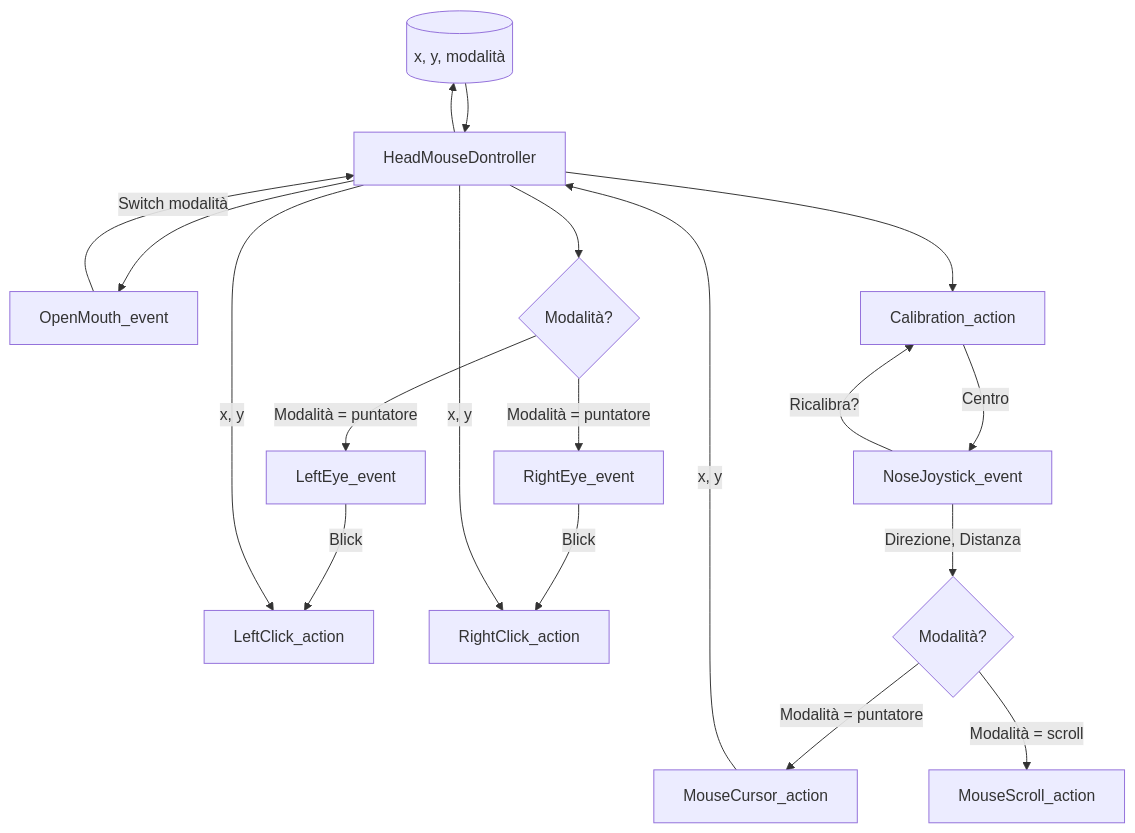
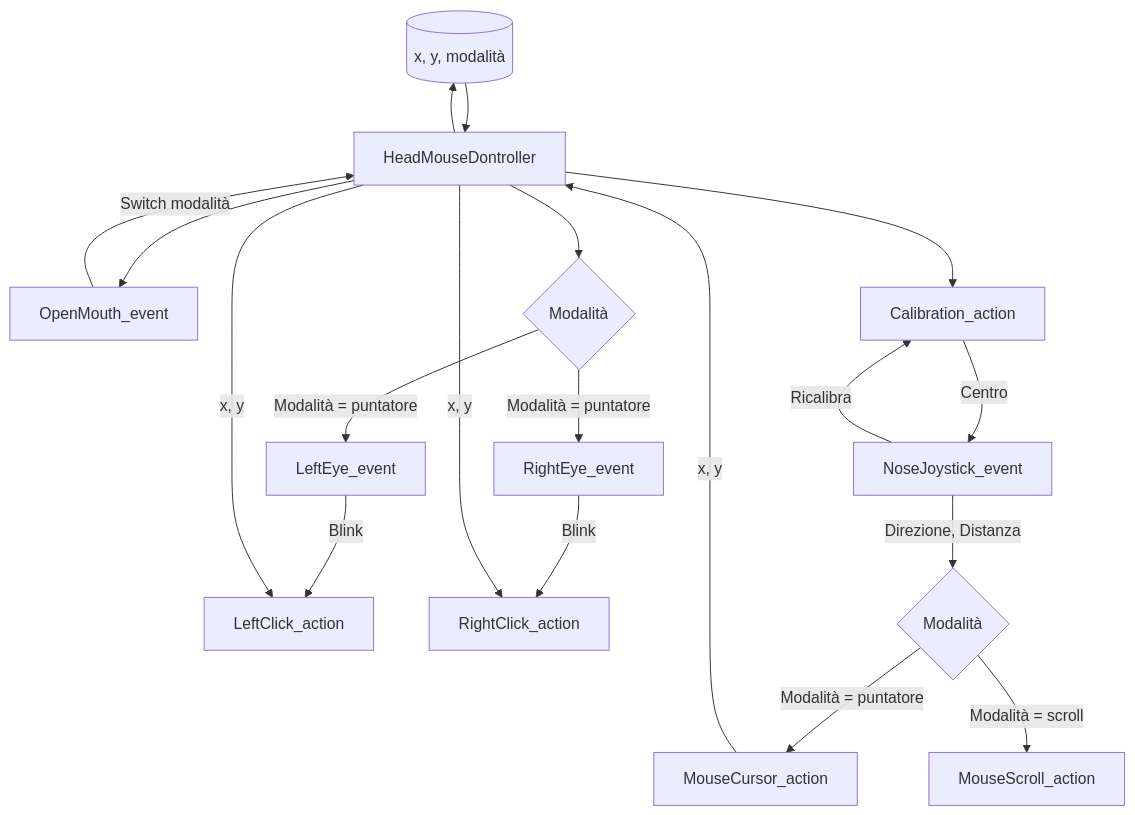
Before and after one commit to campionl/dl: the diagram in src/mouse_facciale/v2/test_mermaid4.md, drawn with Mermaid.

````diff
--- a/src/mouse_facciale/v2/test_mermaid4.md
+++ b/src/mouse_facciale/v2/test_mermaid4.md
@@ -1,35 +1,35 @@
 ```mermaid
 flowchart TD
     db[(x, y, modalità)]
     hmc[HeadMouseDontroller]
     ome[OpenMouth_event]
     ca[Calibration_action]
     nje[NoseJoystick_event]
     mca[MouseCursor_action]
     msa[MouseScroll_action]
     lee[LeftEye_event]
     ree[RightEye_event]
     lca[LeftClick_action]
     rca[RightClick_action]
-    mode1{Modalità?}
-    mode2{Modalità?}
+    mode1{Modalità}
+    mode2{Modalità}
 
     hmc --> db
     db --> hmc
     hmc --> ca
     ca -->|"Centro"|nje
-    nje -->|"Ricalibra?"|ca
+    nje -->|"Ricalibra"|ca
     hmc --> ome 
     ome -->|"Switch modalità"|hmc
     nje -->|"Direzione, Distanza"|mode1
     mode1 -->|"Modalità = puntatore"|mca
     mode1 -->|"Modalità = scroll"|msa
     mca -->|"x, y"|hmc
     hmc --> mode2
     mode2 -->|"Modalità = puntatore"|lee
     mode2 -->|"Modalità = puntatore"|ree
-    lee -->|"Blick"|lca
-    ree -->|"Blick"|rca
+    lee -->|"Blink"|lca
+    ree -->|"Blink"|rca
     hmc -->|"x, y"|lca
     hmc -->|"x, y"|rca
 ```
````
